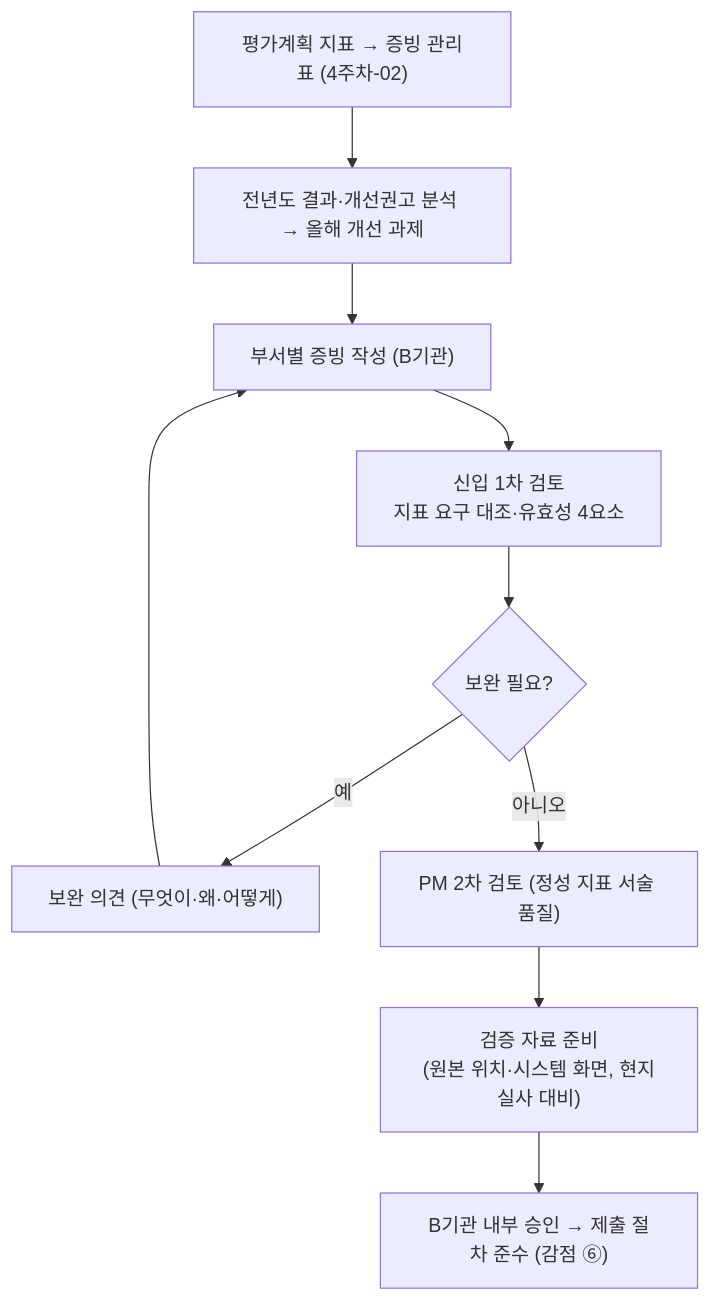
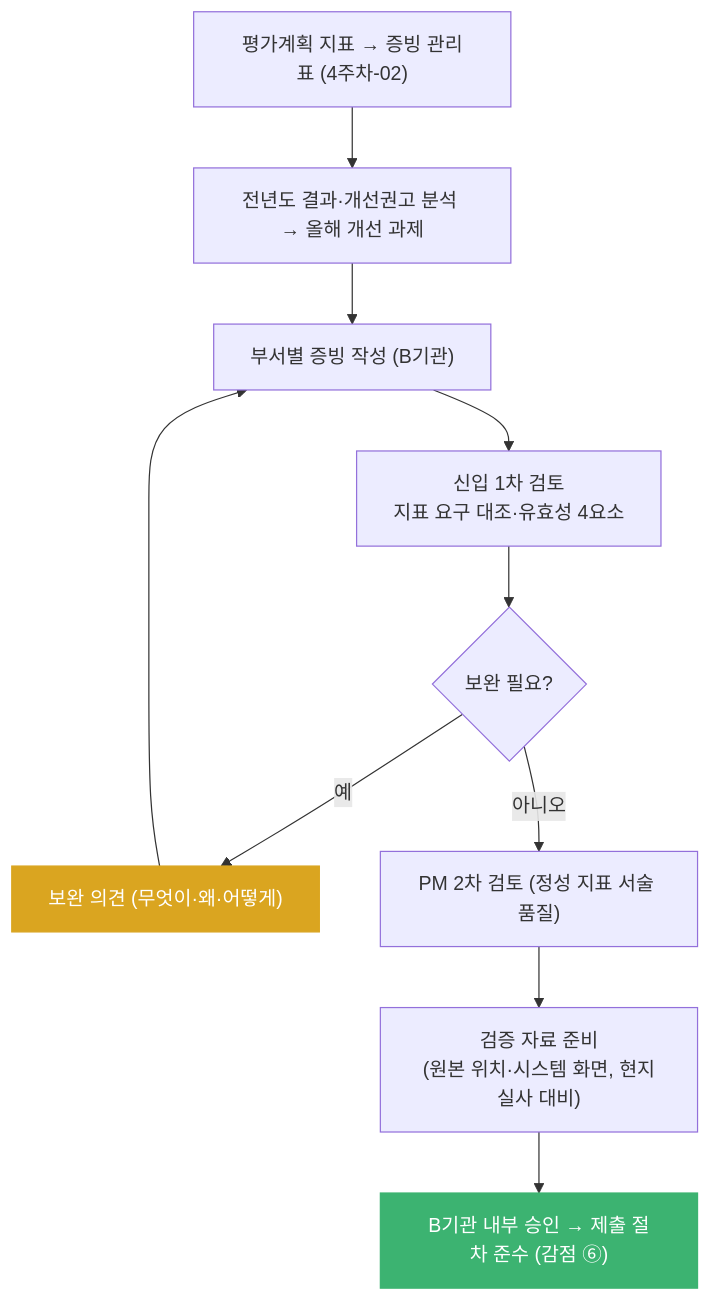
One commit to sinbearr/Advanced_PrivacyStudy changed the second of 3 diagrams in 1_학습_챕터/4주차_공공_고객사/03_보호수준_평가_증빙_작성지원.md. Above: the diagram before and after it, drawn with Mermaid. The commit also changed other lines of this file and 5 other files, not shown here.

````diff
--- a/1_학습_챕터/4주차_공공_고객사/03_보호수준_평가_증빙_작성지원.md
+++ b/1_학습_챕터/4주차_공공_고객사/03_보호수준_평가_증빙_작성지원.md
@@ -67,12 +105,16 @@
 ```mermaid
 flowchart TD
     A["평가계획 지표 → 증빙 관리표 (4주차-02)"] --> B["전년도 결과·개선권고 분석 → 올해 개선 과제"]
     B --> C["부서별 증빙 작성 (B기관)"]
     C --> D["신입 1차 검토<br/>지표 요구 대조·유효성 4요소"]
     D --> E{"보완 필요?"}
     E -->|"예"| F["보완 의견 (무엇이·왜·어떻게)"]
     F --> C
     E -->|"아니오"| G["PM 2차 검토 (정성 지표 서술 품질)"]
     G --> H["검증 자료 준비<br/>(원본 위치·시스템 화면, 현지실사 대비)"]
     H --> I["B기관 내부 승인 → 제출 절차 준수 (감점 ⑥)"]
+    classDef warn fill:#daa520,stroke:#daa520,color:#fff
+    classDef safe fill:#3cb371,stroke:#3cb371,color:#fff
+    class F warn
+    class I safe
 ```
````
